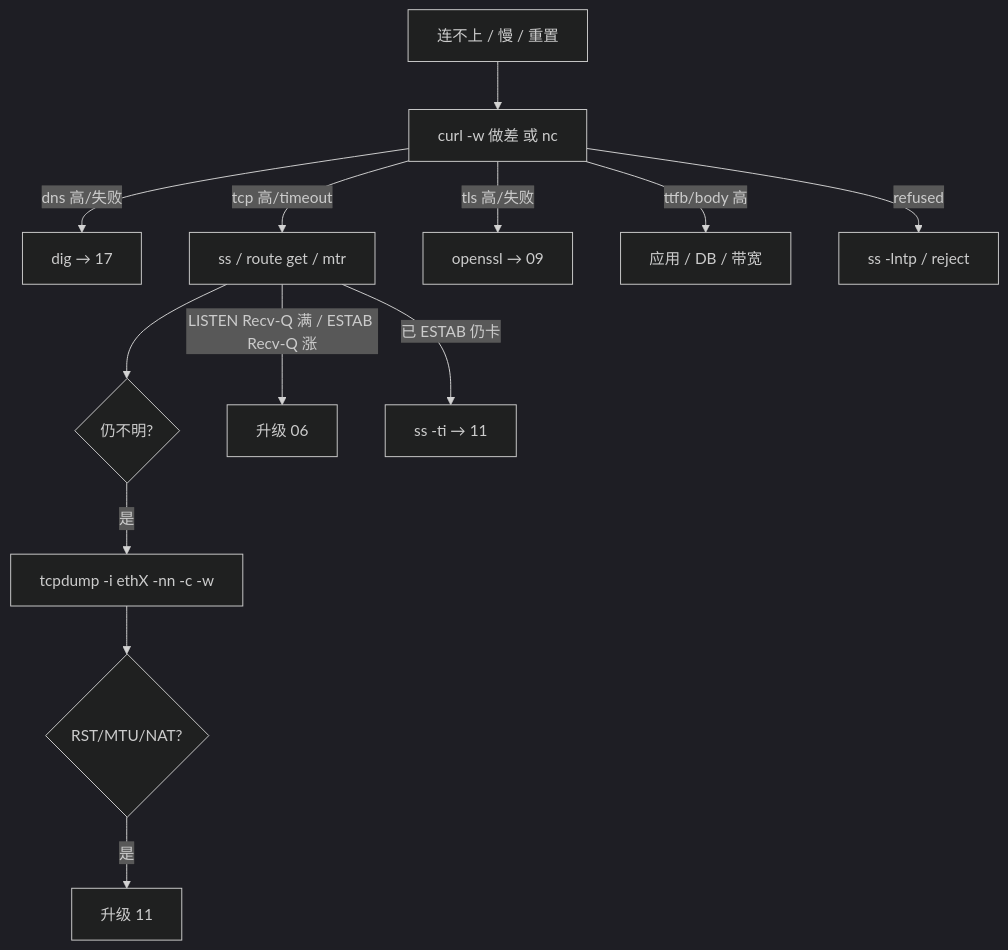
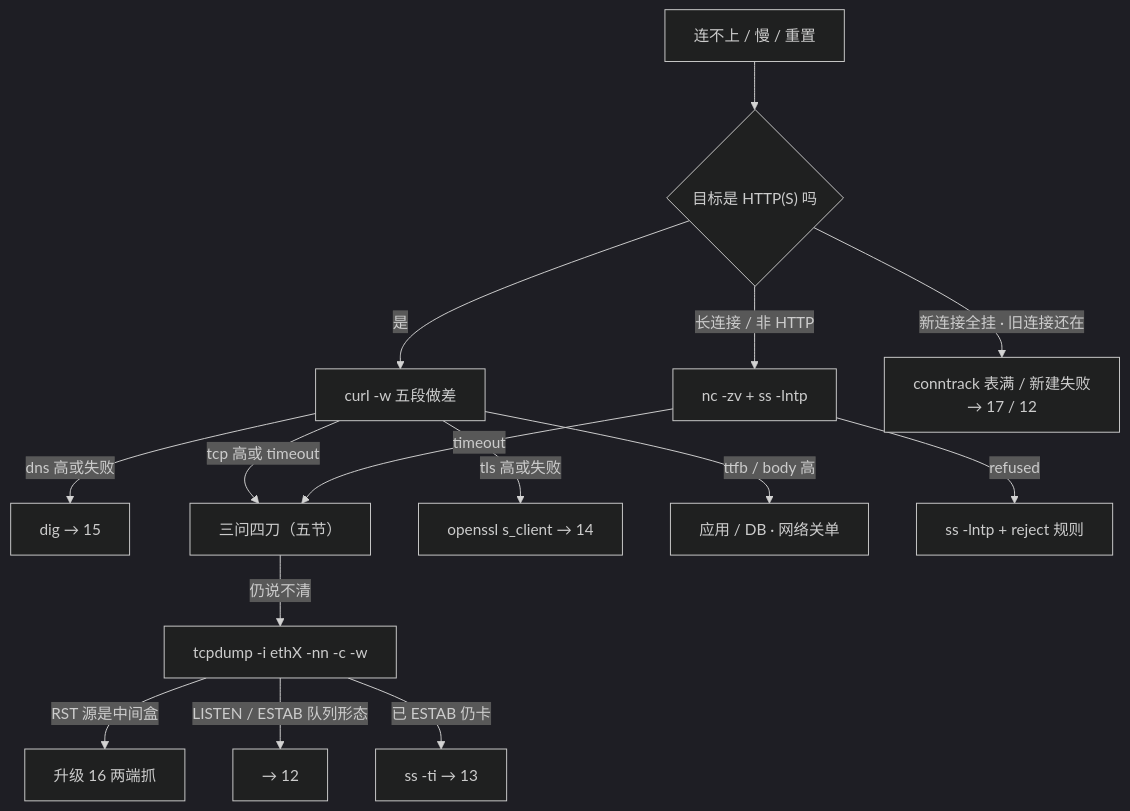
One commit to ml-cuizijun/LearnToLilith changed the fifth of 5 diagrams in 01-基础底座/02-网络排查命令/知识点.md. Above: the diagram before and after it, drawn with Mermaid (dark theme). The commit also changed other lines of this file and 470 other files, not shown here.

````diff
--- a/01-基础底座/02-网络排查命令/知识点.md
+++ b/01-基础底座/02-网络排查命令/知识点.md
@@ -1010,15 +409,17 @@
 ```mermaid
 flowchart TB
-    A[连不上 / 慢 / 重置] --> B[curl -w 做差 或 nc]
-    B -->|dns 高/失败| D[dig → 17]
-    B -->|tcp 高/timeout| E[ss / route get / mtr]
-    B -->|tls 高/失败| F[openssl → 09]
-    B -->|ttfb/body 高| G[应用 / DB / 带宽]
-    B -->|refused| H[ss -lntp / reject]
-    E --> I{仍不明?}
-    I -->|是| J[tcpdump -i ethX -nn -c -w]
-    J --> K{RST/MTU/NAT?}
-    K -->|是| L[升级 11]
-    E -->|LISTEN Recv-Q 满 / ESTAB Recv-Q 涨| M[升级 06]
-    E -->|已 ESTAB 仍卡| N[ss -ti → 11]
+    A["连不上 / 慢 / 重置"] --> B{"目标是 HTTP(S) 吗"}
+    B -->|是| C["curl -w 五段做差"]
+    B -->|长连接 / 非 HTTP| D["nc -zv + ss -lntp"]
+    B -->|"新连接全挂 · 旧连接还在"| N["conntrack 表满 / 新建失败<br/>→ 17 / 12"]
+    C -->|dns 高或失败| E["dig → 15"]
+    C -->|tcp 高或 timeout| F["三问四刀（五节）"]
+    C -->|tls 高或失败| G["openssl s_client → 14"]
+    C -->|ttfb / body 高| H["应用 / DB · 网络关单"]
+    D -->|refused| I["ss -lntp + reject 规则"]
+    D -->|timeout| F
+    F -->|仍说不清| J["tcpdump -i ethX -nn -c -w"]
+    J -->|"RST 源是中间盒"| K["升级 16 两端抓"]
+    J -->|"LISTEN / ESTAB 队列形态"| L["→ 12"]
+    J -->|已 ESTAB 仍卡| M["ss -ti → 13"]
 ```
````
